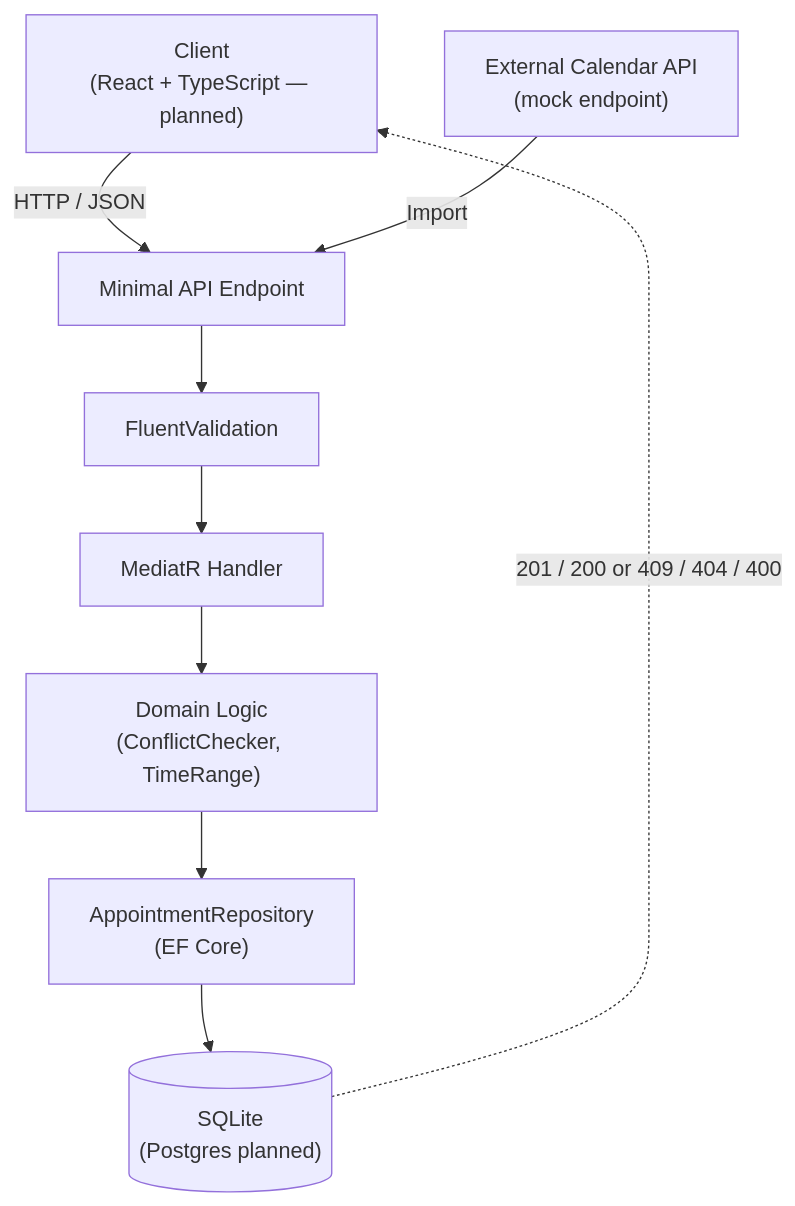
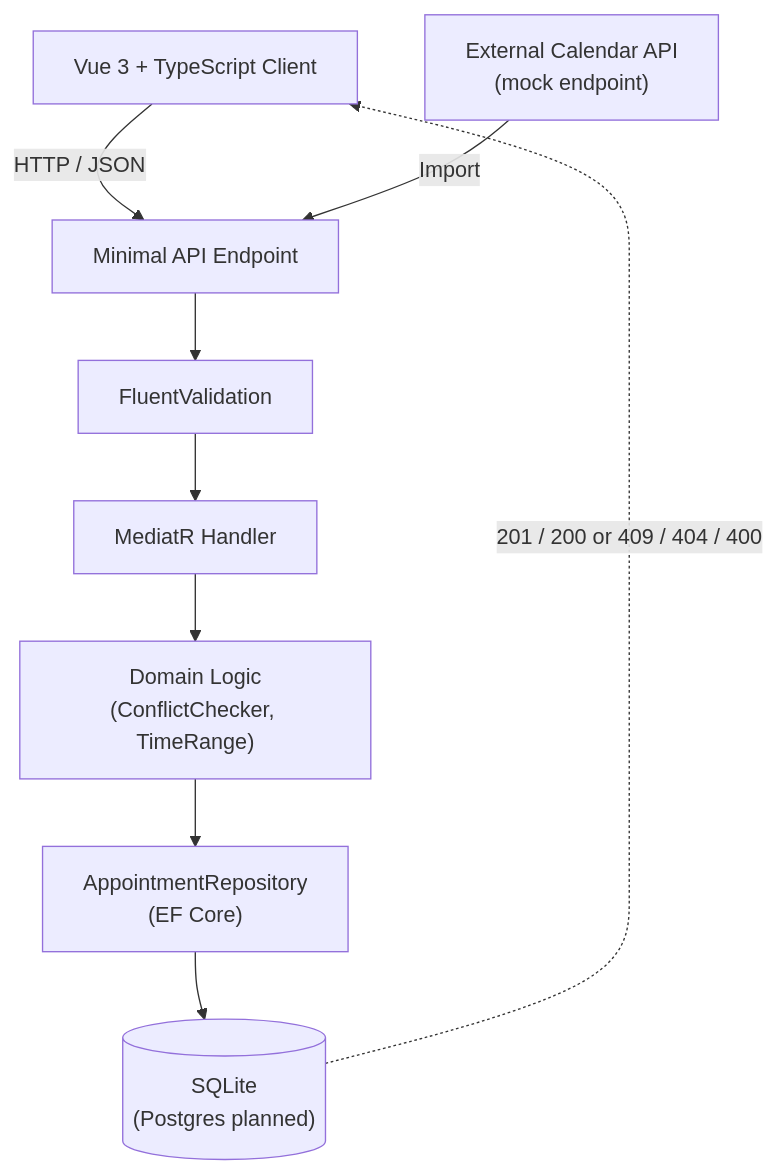
Before and after one commit to sadiquemasum/Appointment-Scheduler: the diagram in README.md, drawn with Mermaid. The commit also changed other lines of this file and 44 other files, not shown here.

````diff
--- a/README.md
+++ b/README.md
@@ -35,20 +50,20 @@
 ```mermaid
 flowchart TD
-    Client["Client<br/>(React + TypeScript — planned)"]
+    Client["Vue 3 + TypeScript Client"]
     ExternalApi["External Calendar API<br/>(mock endpoint)"]
     Endpoint["Minimal API Endpoint"]
     Validation["FluentValidation"]
     Handler["MediatR Handler"]
     Domain["Domain Logic<br/>(ConflictChecker, TimeRange)"]
     Repo["AppointmentRepository<br/>(EF Core)"]
     DB[("SQLite<br/>(Postgres planned)")]
 
     Client -->|"HTTP / JSON"| Endpoint
     ExternalApi -->|"Import"| Endpoint
     Endpoint --> Validation
     Validation --> Handler
     Handler --> Domain
     Domain --> Repo
     Repo --> DB
     DB -.->|"201 / 200 or 409 / 404 / 400"| Client
 ```
````
